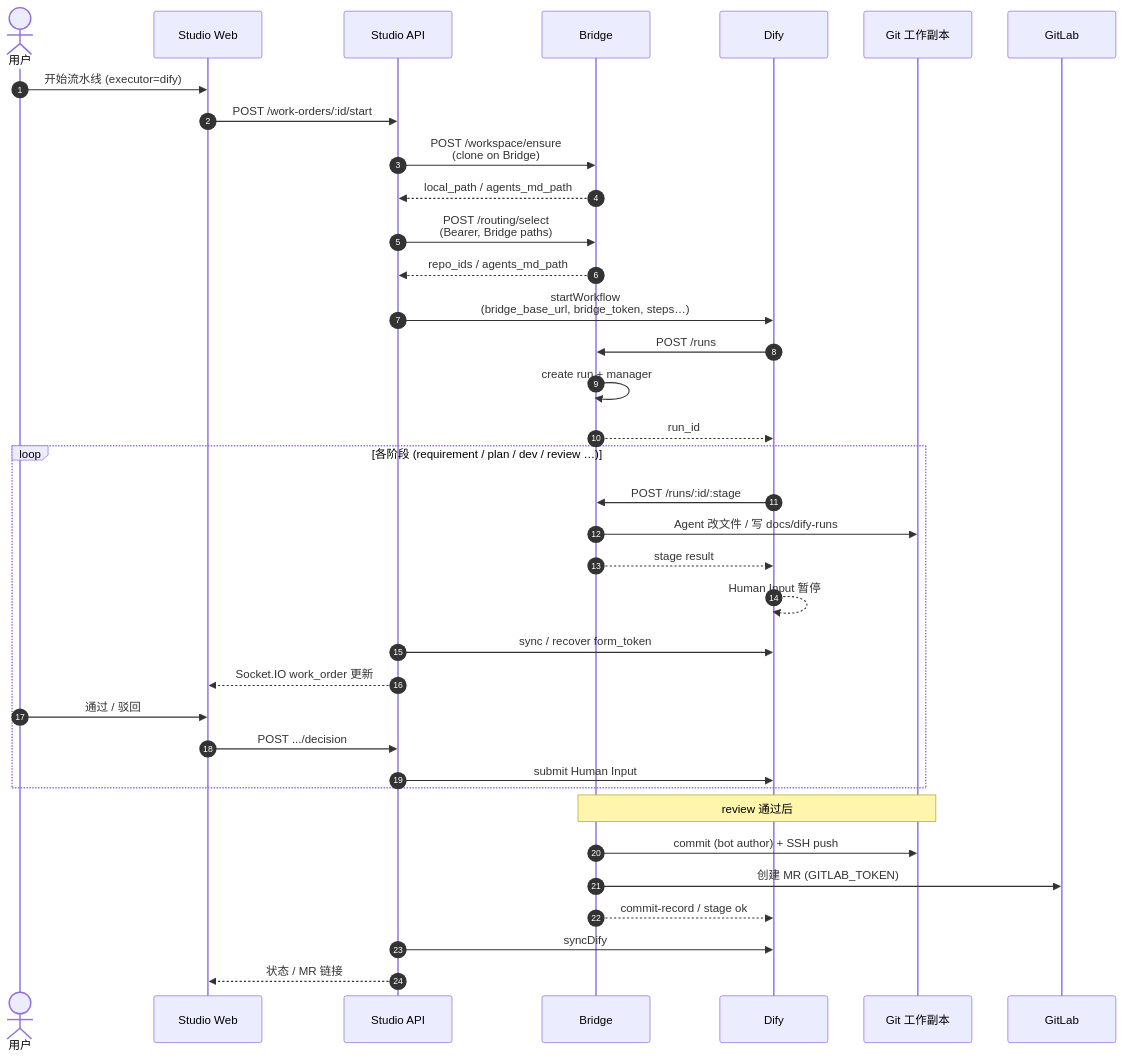
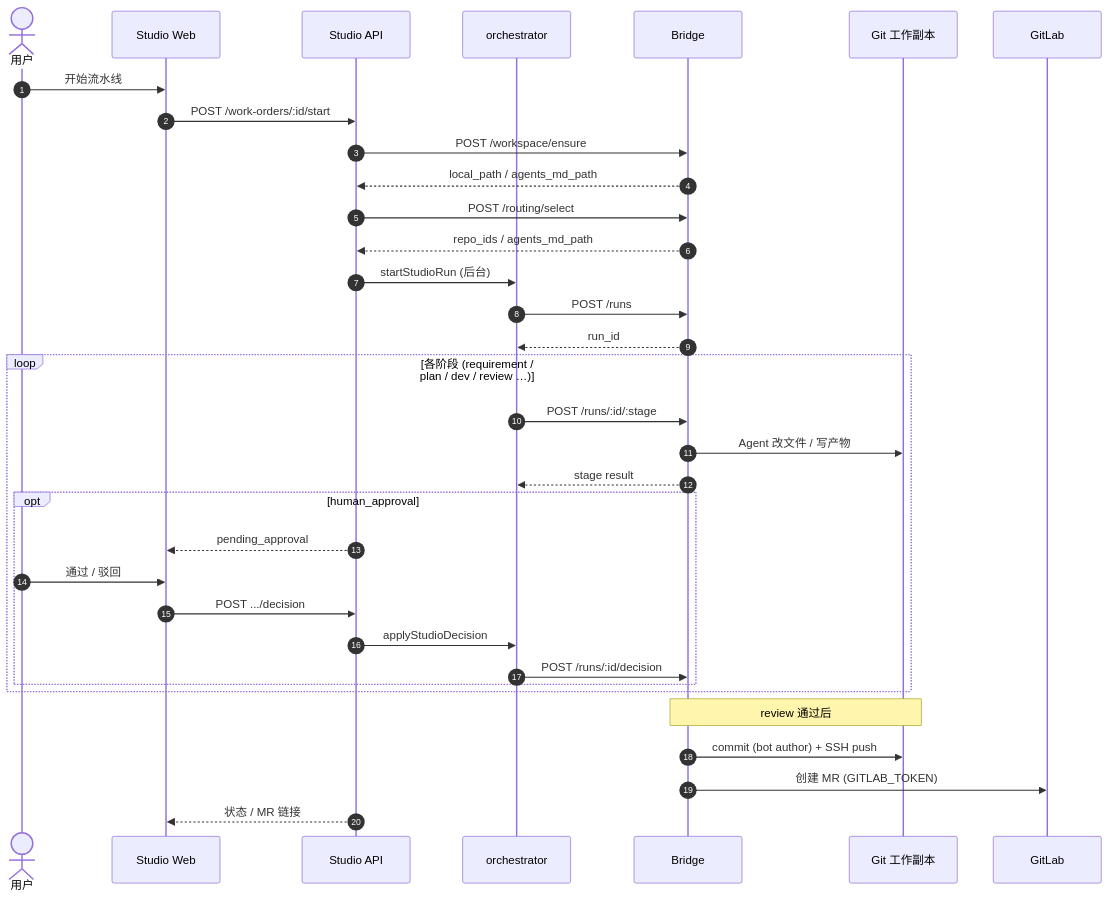
Before and after one commit to xxxxxuhb/agent-studio: the third of 6 diagrams in docs/架构与时序图.md, drawn with Mermaid. The commit also changed other lines of this file and 144 other files, not shown here.

First line of the commit message:
Make Studio the sole orchestrator and refresh the workbench UX.

````diff
--- a/docs/架构与时序图.md
+++ b/docs/架构与时序图.md
@@ -93,41 +91,39 @@
 ```mermaid
 sequenceDiagram
   autonumber
   actor U as 用户
   participant Web as Studio Web
   participant API as Studio API
+  participant Orch as orchestrator
   participant Bridge as Bridge
-  participant Dify as Dify
   participant Git as Git 工作副本
   participant GL as GitLab
 
-  U->>Web: 开始流水线 (executor=dify)
+  U->>Web: 开始流水线
   Web->>API: POST /work-orders/:id/start
-  API->>Bridge: POST /workspace/ensure<br/>(clone on Bridge)
+  API->>Bridge: POST /workspace/ensure
   Bridge-->>API: local_path / agents_md_path
-  API->>Bridge: POST /routing/select<br/>(Bearer, Bridge paths)
+  API->>Bridge: POST /routing/select
   Bridge-->>API: repo_ids / agents_md_path
-  API->>Dify: startWorkflow<br/>(bridge_base_url, bridge_token, steps…)
-  Dify->>Bridge: POST /runs
-  Bridge->>Bridge: create run + manager
-  Bridge-->>Dify: run_id
+  API->>Orch: startStudioRun (后台)
+  Orch->>Bridge: POST /runs
+  Bridge-->>Orch: run_id
 
   loop 各阶段 (requirement / plan / dev / review …)
-    Dify->>Bridge: POST /runs/:id/:stage
-    Bridge->>Git: Agent 改文件 / 写 docs/dify-runs
-    Bridge-->>Dify: stage result
-    Dify-->>Dify: Human Input 暂停
-    API->>Dify: sync / recover form_token
-    API-->>Web: Socket.IO work_order 更新
-    U->>Web: 通过 / 驳回
-    Web->>API: POST .../decision
-    API->>Dify: submit Human Input
+    Orch->>Bridge: POST /runs/:id/:stage
+    Bridge->>Git: Agent 改文件 / 写产物
+    Bridge-->>Orch: stage result
+    opt human_approval
+      API-->>Web: pending_approval
+      U->>Web: 通过 / 驳回
+      Web->>API: POST .../decision
+      API->>Orch: applyStudioDecision
+      Orch->>Bridge: POST /runs/:id/decision
+    end
   end
 
   Note over Bridge,Git: review 通过后
   Bridge->>Git: commit (bot author) + SSH push
   Bridge->>GL: 创建 MR (GITLAB_TOKEN)
-  Bridge-->>Dify: commit-record / stage ok
-  API->>Dify: syncDify
   API-->>Web: 状态 / MR 链接
 ```
````
